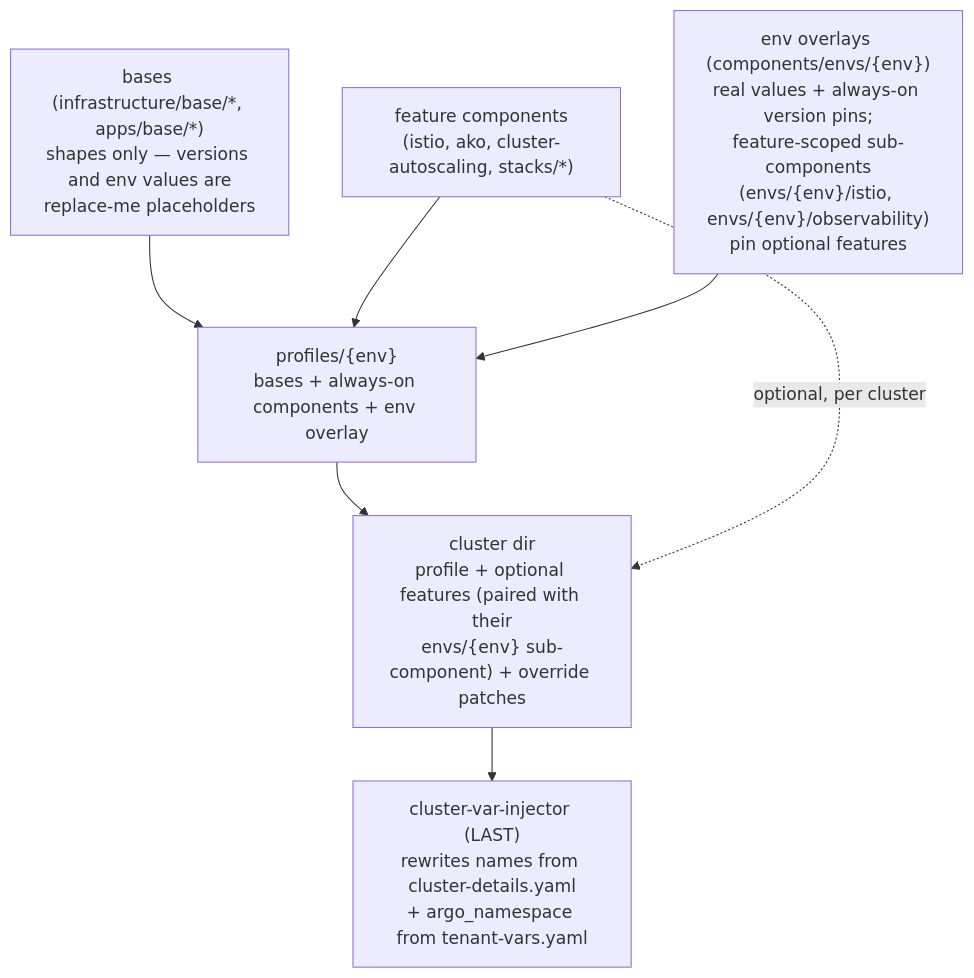
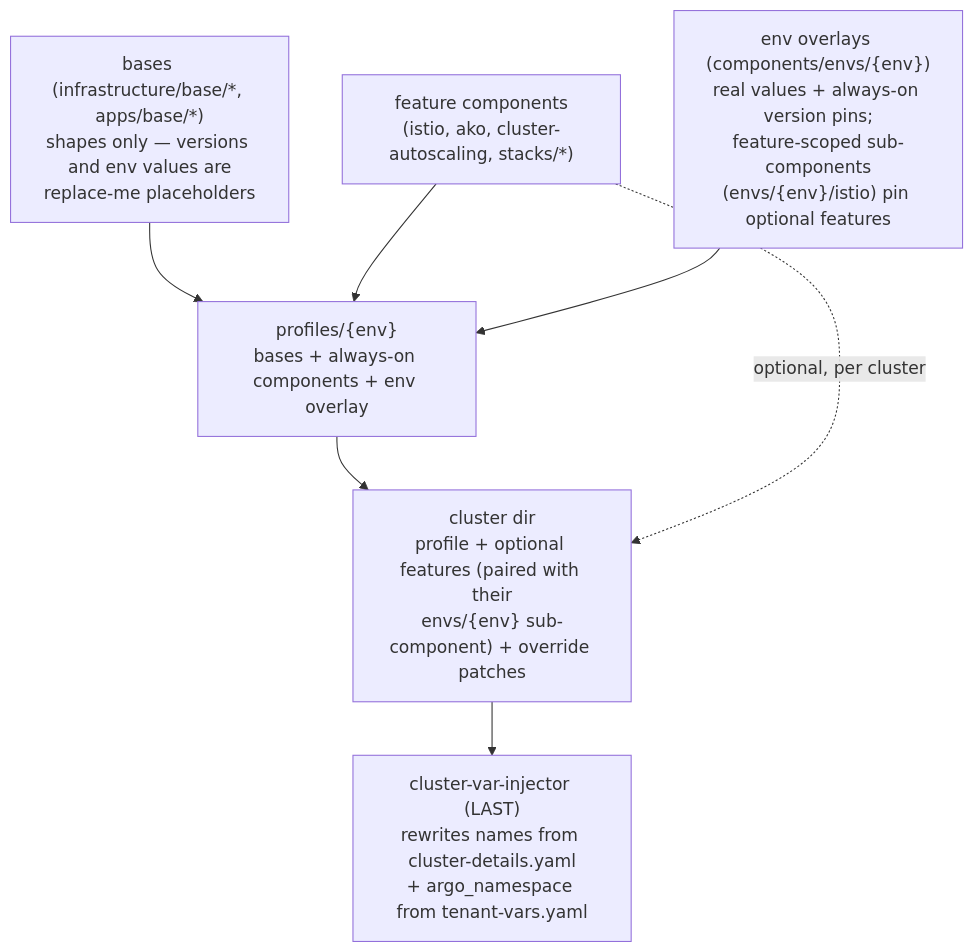
Before and after one commit to warroyo/argocd-scaffolding: the fourth of 4 diagrams in docs/ARCHITECTURE.md, drawn with Mermaid. The commit also changed other lines of this file and 23 other files, not shown here.

````diff
--- a/docs/ARCHITECTURE.md
+++ b/docs/ARCHITECTURE.md
@@ -190,16 +190,16 @@
 ```mermaid
 flowchart TB
     bases["bases (infrastructure/base/*, apps/base/*)<br/>shapes only — versions and env values are<br/>replace-me placeholders"]
     comps["feature components<br/>(istio, ako, cluster-autoscaling, stacks/*)"]
-    envs["env overlays (components/envs/{env})<br/>real values + always-on version pins;<br/>feature-scoped sub-components<br/>(envs/{env}/istio, envs/{env}/observability)<br/>pin optional features"]
+    envs["env overlays (components/envs/{env})<br/>real values + always-on version pins;<br/>feature-scoped sub-components<br/>(envs/{env}/istio) pin optional features"]
     profile["profiles/{env}<br/>bases + always-on components + env overlay"]
     cluster["cluster dir<br/>profile + optional features (paired with their<br/>envs/{env} sub-component) + override patches"]
     inject["cluster-var-injector (LAST)<br/>rewrites names from cluster-details.yaml<br/>+ argo_namespace from tenant-vars.yaml"]
 
     bases --> profile
     comps --> profile
     envs --> profile
     profile --> cluster
     comps -. "optional, per cluster" .-> cluster
     cluster --> inject
 ```
````
